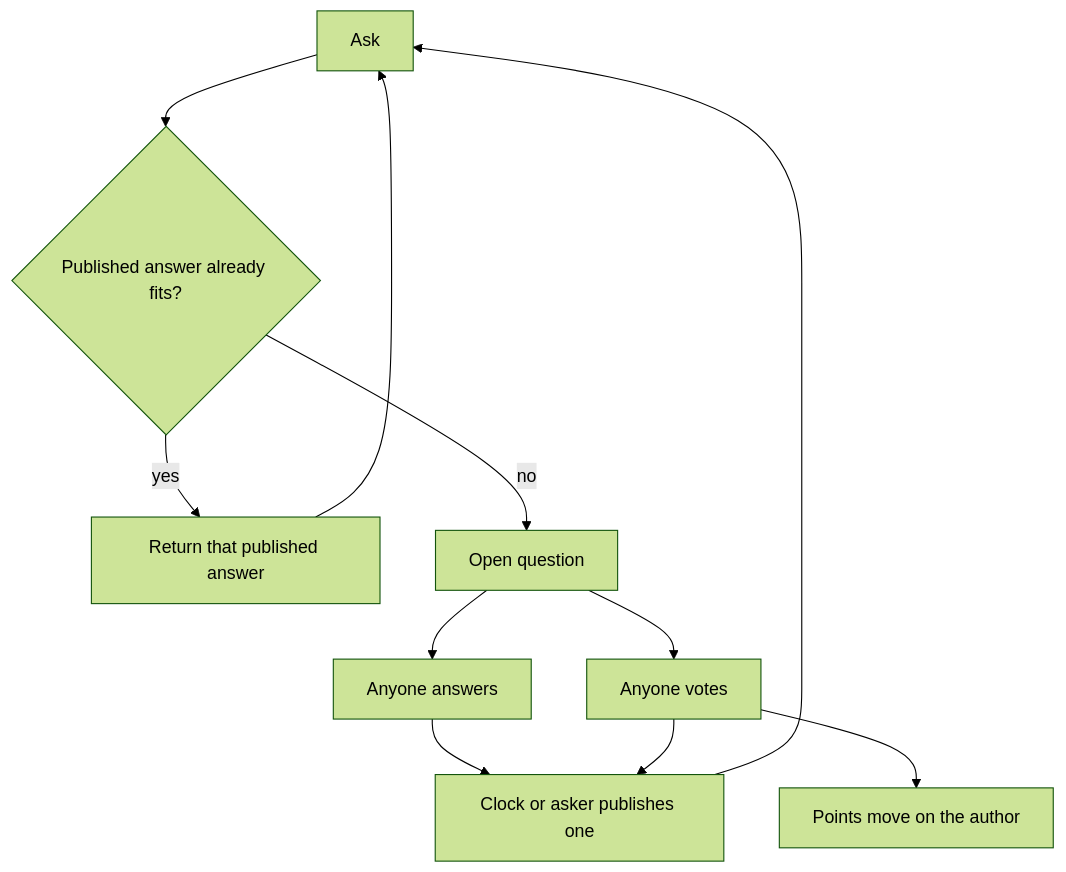
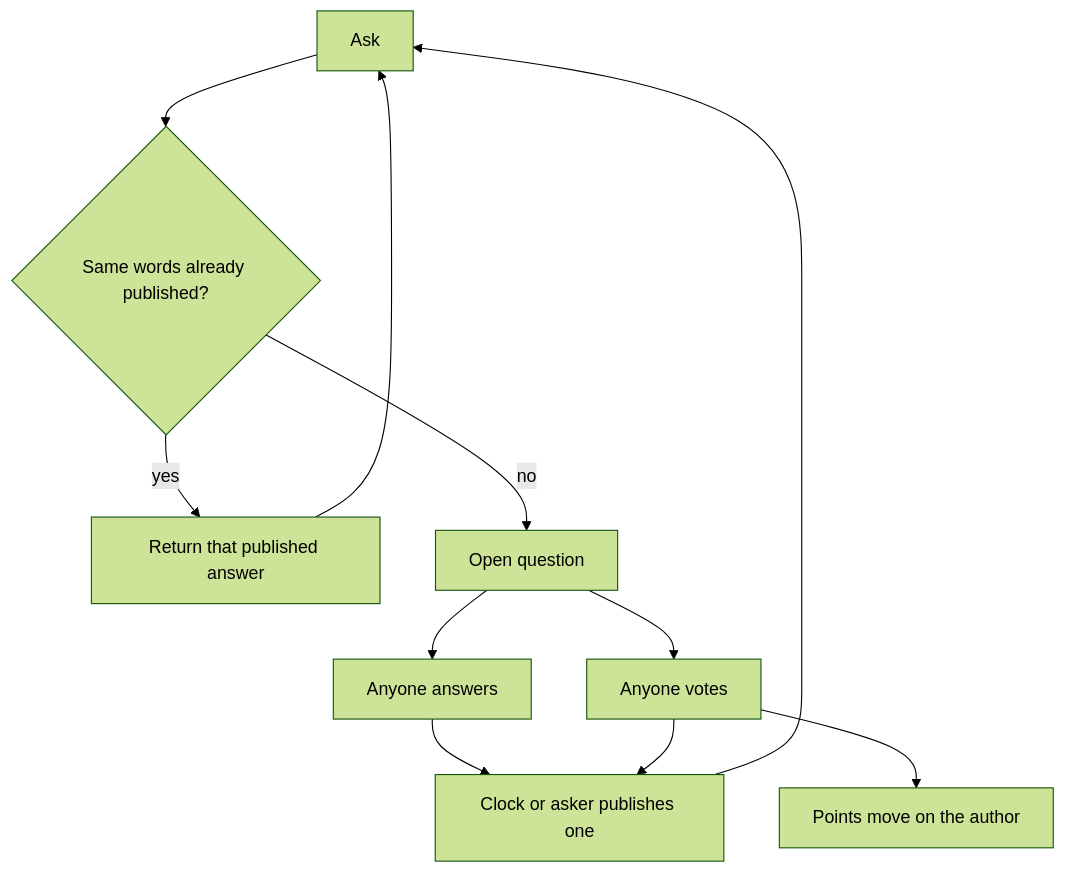
The first of 2 diagrams in WHITEPAPER.md (Thingscorp/pgeon-llm), drawn with Mermaid (forest theme) before and after one commit. The commit also changed other lines of this file, not shown here.

````diff
--- a/WHITEPAPER.md
+++ b/WHITEPAPER.md
@@ -9,13 +9,13 @@
 ```mermaid
 flowchart TD
-  A[Ask] --> B{Published answer already fits?}
+  A[Ask] --> B{Same words already published?}
   B -->|yes| C[Return that published answer]
   B -->|no| D[Open question]
   D --> E[Anyone answers]
   D --> F[Anyone votes]
   E --> G[Clock or asker publishes one]
   F --> G
   F --> H[Points move on the author]
   G --> A
   C --> A
 ```
````
